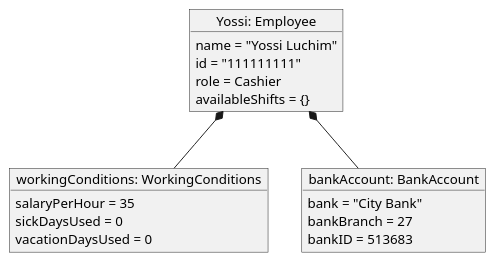
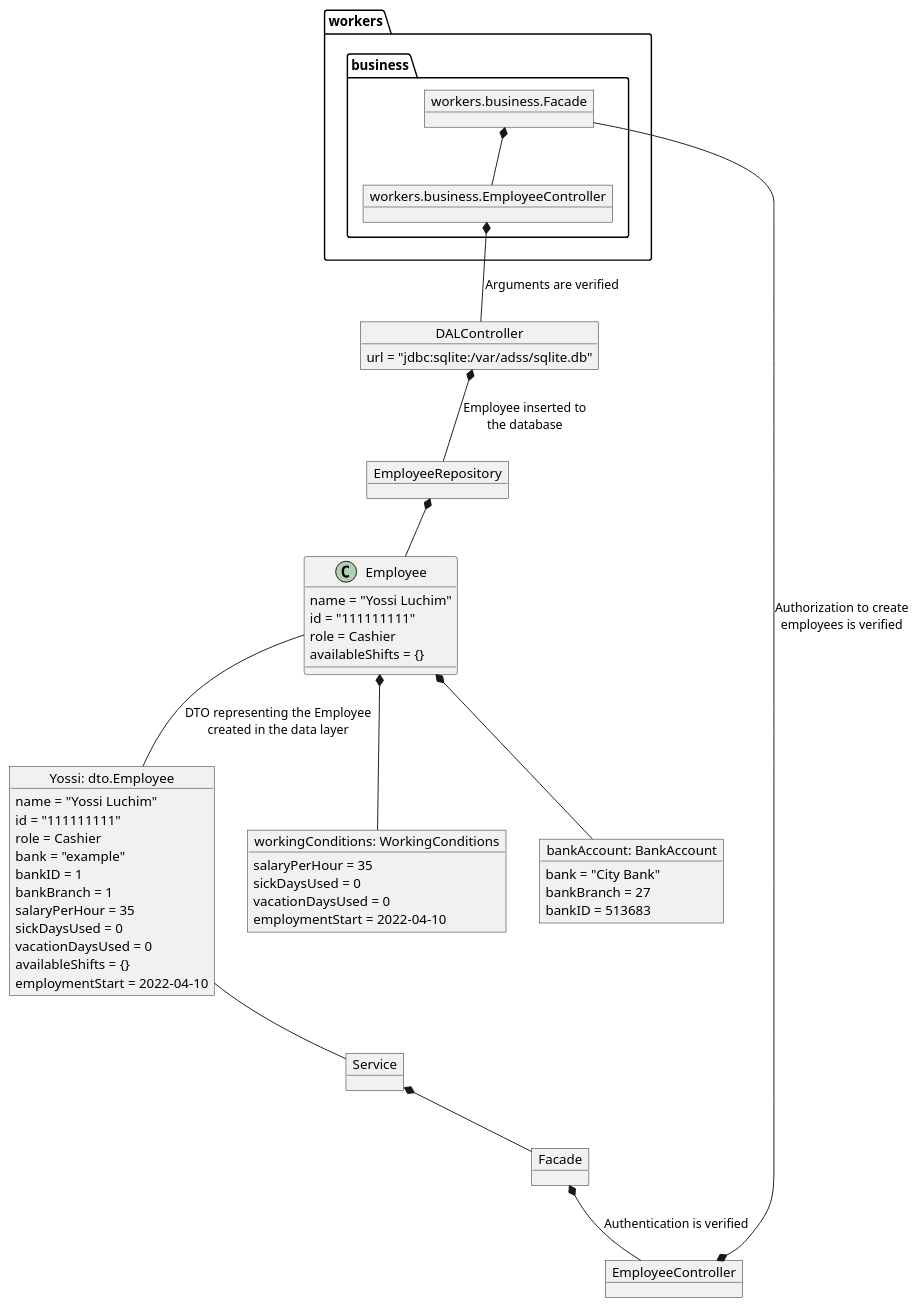
Before and after one commit to BatelBB/Analysis-Design-of-Software-Systems---Course-Prioject: the diagram in docs/object-diagram-employee.plantuml, drawn with PlantUML. The commit also changed 2 other files, not shown here.

Commit message:
Add fixed and updated class and object diagrams

```diff
--- a/docs/object-diagram-employee.plantuml
+++ b/docs/object-diagram-employee.plantuml
@@ -1,23 +1,58 @@
 @startuml
+object "Yossi: dto.Employee" as dtoEmployee {
+  name = "Yossi Luchim"
+  id = "111111111"
+  role = Cashier
+  bank = "example"
+  bankID = 1
+  bankBranch = 1
+  salaryPerHour = 35
+  sickDaysUsed = 0
+  vacationDaysUsed = 0
+  availableShifts = {}
+  employmentStart = 2022-04-10
+}
+
+object Service
+object Facade
+object EmployeeController
+object workers.business.Facade
+object workers.business.EmployeeController
+object DALController {
+  url = "jdbc:sqlite:/var/adss/sqlite.db"
+}
+object EmployeeRepository
+
+dtoEmployee -- Service
+Service *-- Facade
+Facade *-- EmployeeController: Authentication is verified
+EmployeeController *-- workers.business.Facade: Authorization to create\nemployees is verified
+workers.business.Facade *-- workers.business.EmployeeController
+workers.business.EmployeeController *-- DALController: Arguments are verified
+DALController *-- EmployeeRepository: Employee inserted to\nthe database
+EmployeeRepository *-- Employee
+
 object "Yossi: Employee" as Employee {
   name = "Yossi Luchim"
   id = "111111111"
   role = Cashier
   availableShifts = {}
 }
 
 object "workingConditions: WorkingConditions" as WorkingConditions {
   salaryPerHour = 35
   sickDaysUsed = 0
   vacationDaysUsed = 0
+  employmentStart = 2022-04-10
 }
 
 object "bankAccount: BankAccount" as BankAccount {
   bank = "City Bank"
   bankBranch = 27
   bankID = 513683
 }
 
 Employee *-- WorkingConditions
 Employee *-- BankAccount
+Employee -- dtoEmployee: DTO representing the Employee\ncreated in the data layer
 @enduml
```
